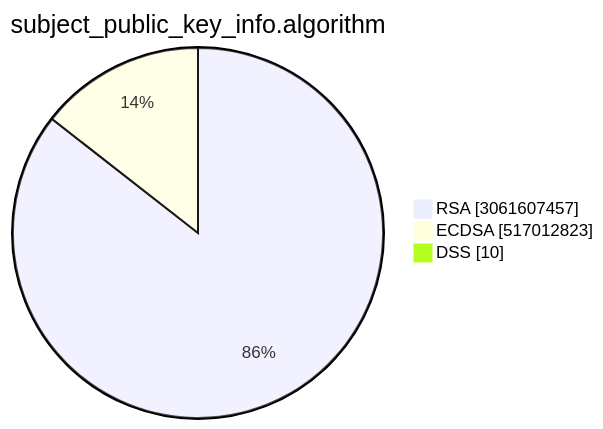
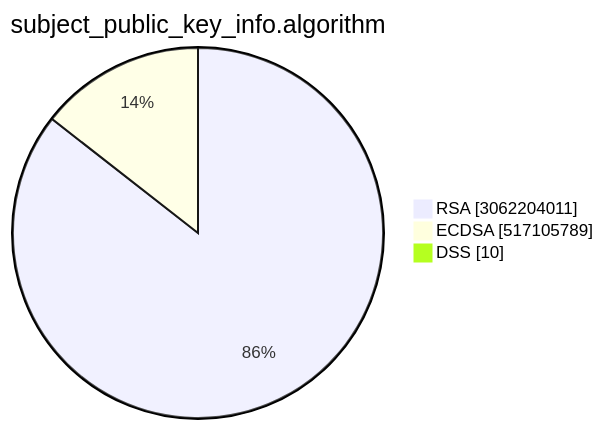
The second of 15 diagrams in TOTAL/README.md (christiankrug/ctmonitor_visualization), drawn with Mermaid before and after one commit. The commit also changed other lines of this file, not shown here.

````diff
--- a/TOTAL/README.md
+++ b/TOTAL/README.md
@@ -6,7 +6,7 @@
 ```mermaid
 pie showData
 title subject_public_key_info.algorithm
-"RSA" :3061607457
-"ECDSA" :517012823
+"RSA" :3062204011
+"ECDSA" :517105789
 "DSS" :10
 ```
````
